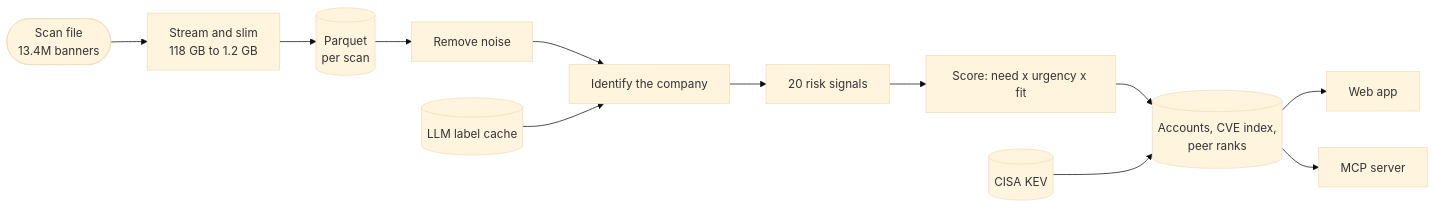
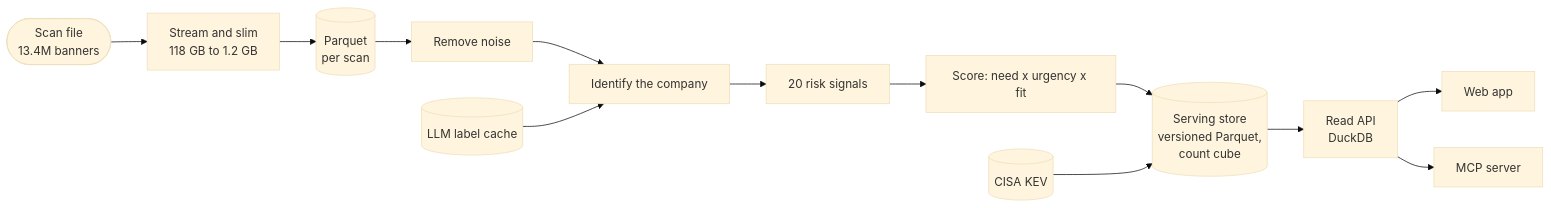
One commit to SahilChoudhary22/recon-sales-intelligence changed the second of 2 diagrams in README.md. Above: the diagram before and after it, drawn with Mermaid (base theme). The commit also changed other lines of this file and 38 other files, not shown here.

First line of the commit message:
Read API over a versioned serving store; multi-select, lists, saved searches

````diff
--- a/README.md
+++ b/README.md
@@ -102,14 +107,15 @@
 ```mermaid
 flowchart LR
   scan([Scan file<br/>13.4M banners]) --> slim[Stream and slim<br/>118 GB to 1.2 GB]
   slim --> lake[(Parquet<br/>per scan)]
   lake --> noise[Remove noise]
   noise --> identity[Identify the company]
   labels[(LLM label cache)] --> identity
   identity --> signals[20 risk signals]
   signals --> score[Score: need x urgency x fit]
-  score --> out[(Accounts, CVE index,<br/>peer ranks)]
+  score --> out[(Serving store<br/>versioned Parquet,<br/>count cube)]
   kev[(CISA KEV)] --> out
-  out --> app[Web app]
-  out --> mcp[MCP server]
+  out --> api[Read API<br/>DuckDB]
+  api --> app[Web app]
+  api --> mcp[MCP server]
 ```
````
